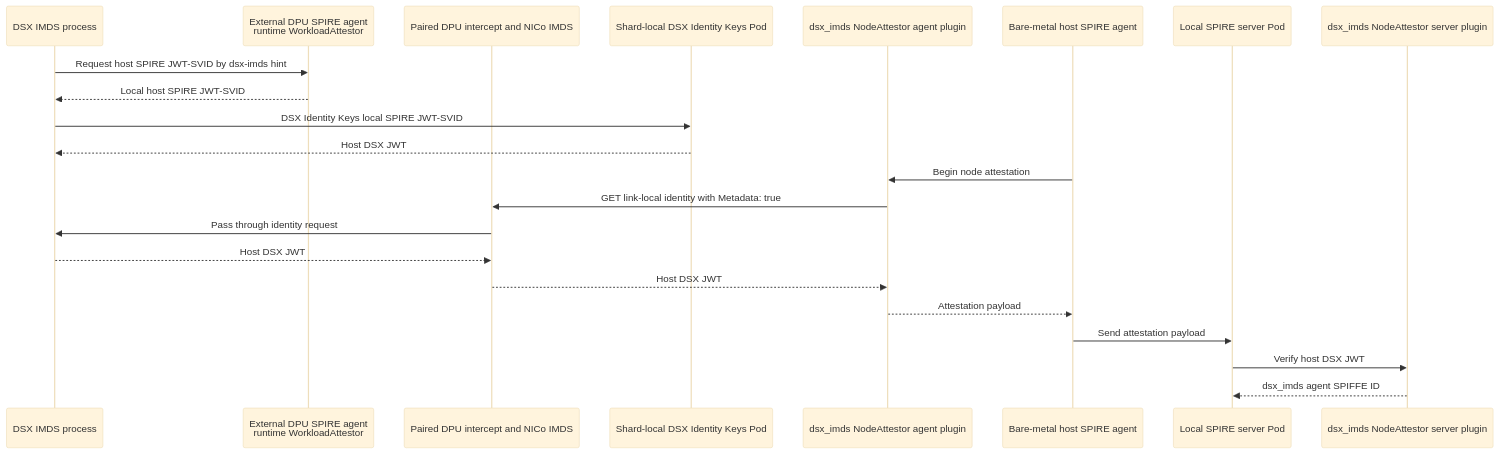
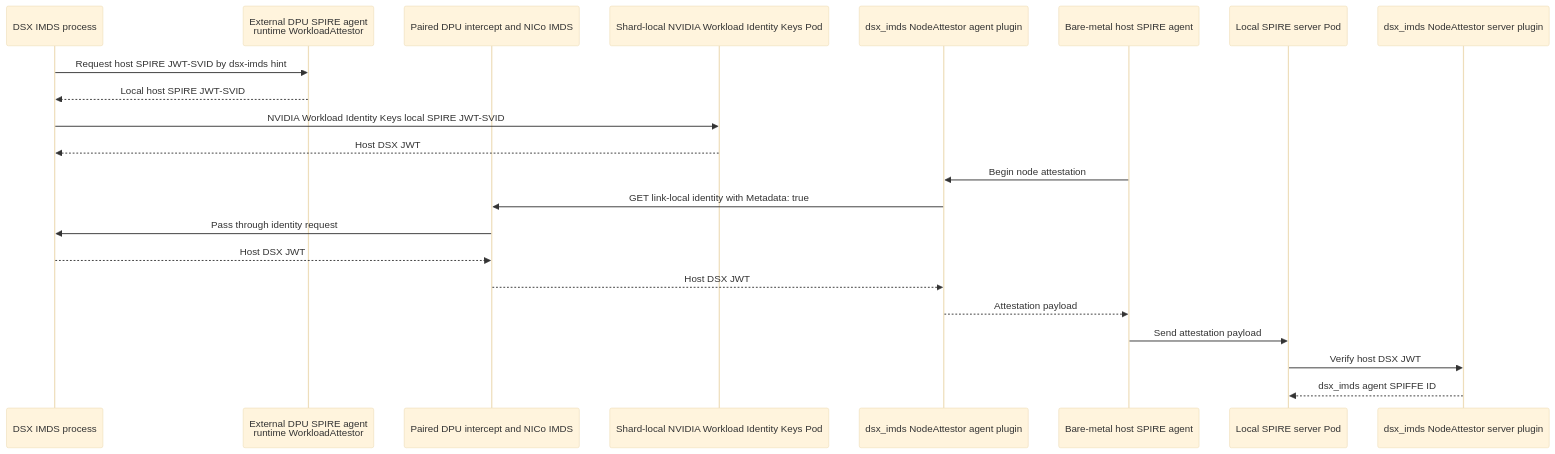
Before and after one commit to dsx-ai-factory/nvidia-workload-identity: the second of 2 diagrams in cmd/dsx-imds-node-attestor-agent/README.md, drawn with Mermaid (base theme). The commit also changed other lines of this file and 41 other files, not shown here.

First line of the commit message:
fix(NO-REF): update NVIDIA Workload Identity display names

````diff
--- a/cmd/dsx-imds-node-attestor-agent/README.md
+++ b/cmd/dsx-imds-node-attestor-agent/README.md
@@ -45,24 +45,24 @@
 ```mermaid
 sequenceDiagram
     participant DI as DSX IMDS process
     participant DA as External DPU SPIRE agent<br/>runtime WorkloadAttestor
     participant NI as Paired DPU intercept and NICo IMDS
-    participant EX as Shard-local DSX Identity Keys Pod
+    participant EX as Shard-local NVIDIA Workload Identity Keys Pod
     participant AP as dsx_imds NodeAttestor agent plugin
     participant HA as Bare-metal host SPIRE agent
     participant SS as Local SPIRE server Pod
     participant SP as dsx_imds NodeAttestor server plugin
     DI->>DA: Request host SPIRE JWT-SVID by dsx-imds hint
     DA-->>DI: Local host SPIRE JWT-SVID
-    DI->>EX: DSX Identity Keys local SPIRE JWT-SVID
+    DI->>EX: NVIDIA Workload Identity Keys local SPIRE JWT-SVID
     EX-->>DI: Host DSX JWT
     HA->>AP: Begin node attestation
     AP->>NI: GET link-local identity with Metadata: true
     NI->>DI: Pass through identity request
     DI-->>NI: Host DSX JWT
     NI-->>AP: Host DSX JWT
     AP-->>HA: Attestation payload
     HA->>SS: Send attestation payload
     SS->>SP: Verify host DSX JWT
     SP-->>SS: dsx_imds agent SPIFFE ID
 ```
````
